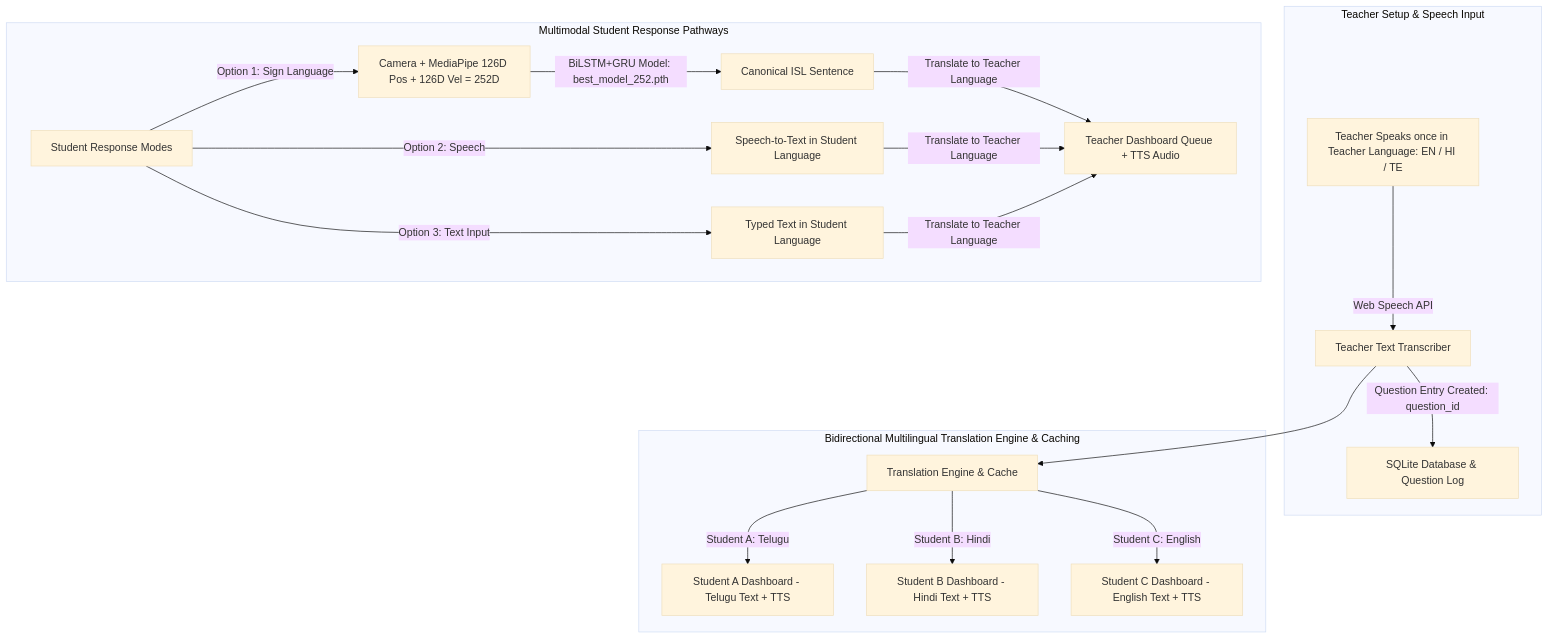
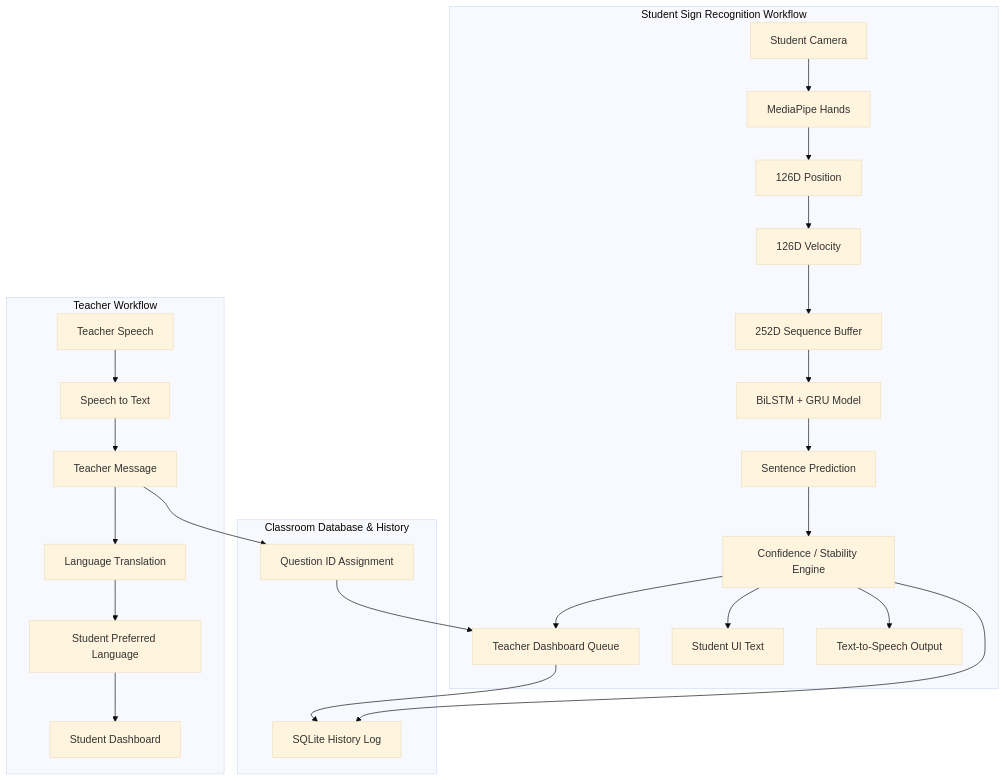
One commit to Gireesh169/SIGN_AI changed the diagram in README.md. Above: the diagram before and after it, drawn with Mermaid (base theme). The commit also changed other lines of this file, not shown here.

````diff
--- a/README.md
+++ b/README.md
@@ -19,26 +199,31 @@
 ```mermaid
-graph TD
-    subgraph Teacher Setup & Speech Input
-        A[Teacher Speaks once in Teacher Language: EN / HI / TE] -->|Web Speech API| B[Teacher Text Transcriber]
-        B -->|Question Entry Created: question_id| C[SQLite Database & Question Log]
+flowchart TD
+
+    subgraph Teacher Workflow
+        A[Teacher Speech] --> B[Speech to Text]
+        B --> C[Teacher Message]
+        C --> D[Language Translation]
+        D --> E[Student Preferred Language]
+        E --> F[Student Dashboard]
     end
 
-    subgraph Bidirectional Multilingual Translation Engine & Caching
-        B --> D[Translation Engine & Cache]
-        D -->|Student A: Telugu| E[Student A Dashboard - Telugu Text + TTS]
-        D -->|Student B: Hindi| F[Student B Dashboard - Hindi Text + TTS]
-        D -->|Student C: English| G[Student C Dashboard - English Text + TTS]
+    subgraph Student Sign Recognition Workflow
+        G[Student Camera] --> H[MediaPipe Hands]
+        H --> I[126D Position]
+        I --> J[126D Velocity]
+        J --> K[252D Sequence Buffer]
+        K --> L[BiLSTM + GRU Model]
+        L --> M[Sentence Prediction]
+        M --> N[Confidence / Stability Engine]
+        N --> O[Teacher Dashboard Queue]
+        N --> P[Student UI Text]
+        N --> Q[Text-to-Speech Output]
     end
 
-    subgraph Multimodal Student Response Pathways
-        H[Student Response Modes] -->|Option 1: Sign Language| I[Camera + MediaPipe 126D Pos + 126D Vel = 252D]
-        I -->|BiLSTM+GRU Model: best_model_252.pth| J[Canonical ISL Sentence]
-        
-        H -->|Option 2: Speech| K[Speech-to-Text in Student Language]
-        H -->|Option 3: Text Input| L[Typed Text in Student Language]
-
-        J -->|Translate to Teacher Language| M[Teacher Dashboard Queue + TTS Audio]
-        K -->|Translate to Teacher Language| M
-        L -->|Translate to Teacher Language| M
+    subgraph Classroom Database & History
+        C --> R[Question ID Assignment]
+        R --> O
+        O --> S[SQLite History Log]
+        N --> S
     end
 ```
````
